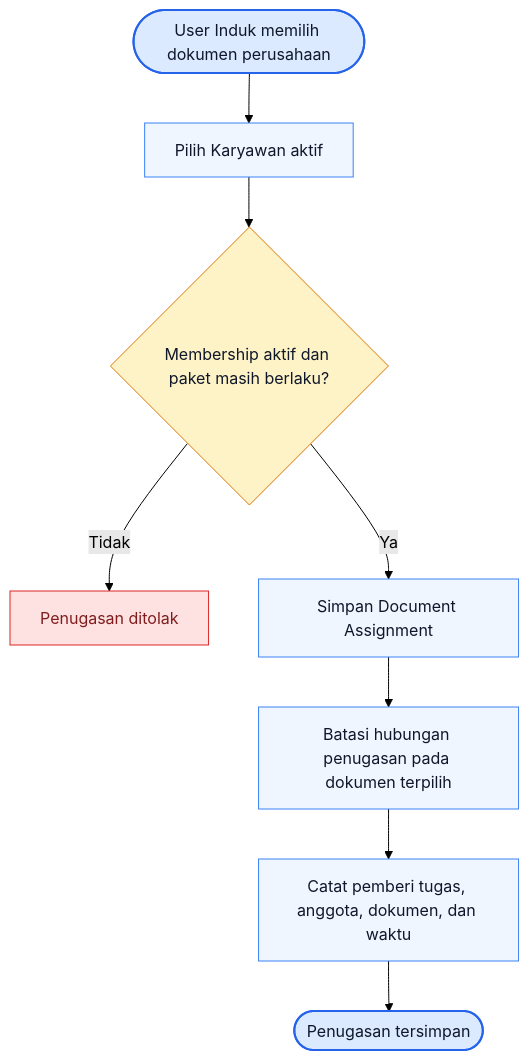
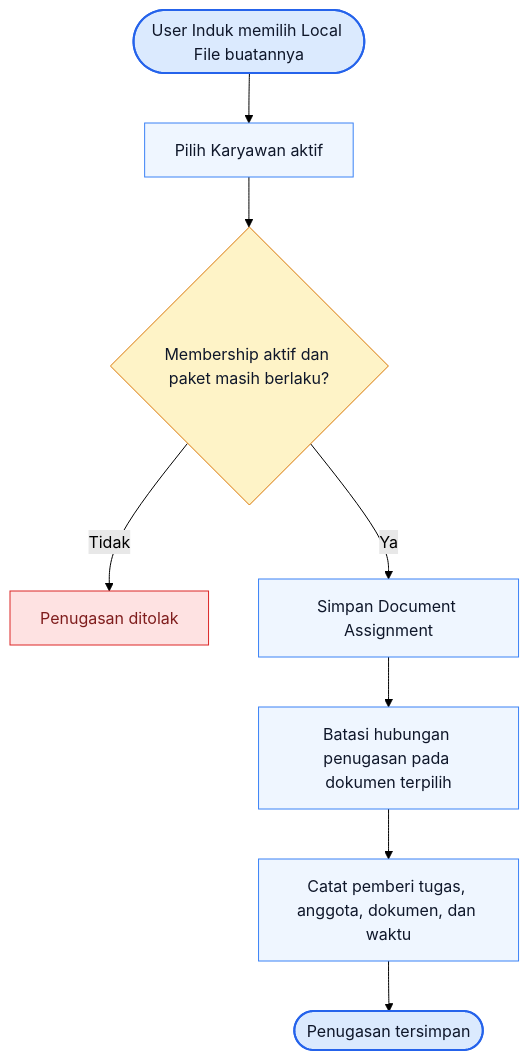
The fifth of 8 diagrams in 02-With-Consultant/03-Business-Flow/05-Membership-Organization.md (dayatmuc/tp-docs-documentation), drawn with Mermaid (forest theme) before and after one commit. The commit also changed other lines of this file and 35 other files, not shown here.

First line of the commit message:
feat(docs): selaraskan hak Karyawan mengelola Local File pada kedua varian

````diff
--- a/02-With-Consultant/03-Business-Flow/05-Membership-Organization.md
+++ b/02-With-Consultant/03-Business-Flow/05-Membership-Organization.md
@@ -149,19 +149,19 @@
 ```mermaid
 flowchart TD
-    ASSIGN_START([User Induk memilih dokumen perusahaan]) --> ASSIGN_MEMBER[Pilih Karyawan aktif]
+    ASSIGN_START([User Induk memilih Local File buatannya]) --> ASSIGN_MEMBER[Pilih Karyawan aktif]
     ASSIGN_MEMBER --> ASSIGN_VALIDATE{"Membership aktif dan paket masih berlaku?"}
     ASSIGN_VALIDATE -- "Tidak" --> ASSIGN_DENY[Penugasan ditolak]
     ASSIGN_VALIDATE -- "Ya" --> ASSIGN_SAVE[Simpan Document Assignment]
     ASSIGN_SAVE --> ASSIGN_SCOPE[Batasi hubungan penugasan pada dokumen terpilih]
     ASSIGN_SCOPE --> ASSIGN_LOG[Catat pemberi tugas, anggota, dokumen, dan waktu]
     ASSIGN_LOG --> ASSIGN_END([Penugasan tersimpan])
 
     classDef startend fill:#dbeafe,stroke:#2563eb,color:#0f172a,stroke-width:2px;
     classDef process fill:#eff6ff,stroke:#3b82f6,color:#0f172a;
     classDef decision fill:#fef3c7,stroke:#d97706,color:#0f172a;
     classDef exception fill:#fee2e2,stroke:#dc2626,color:#7f1d1d;
     class ASSIGN_START,ASSIGN_END startend;
     class ASSIGN_MEMBER,ASSIGN_SAVE,ASSIGN_SCOPE,ASSIGN_LOG process;
     class ASSIGN_VALIDATE decision;
     class ASSIGN_DENY exception;
 ```
````
